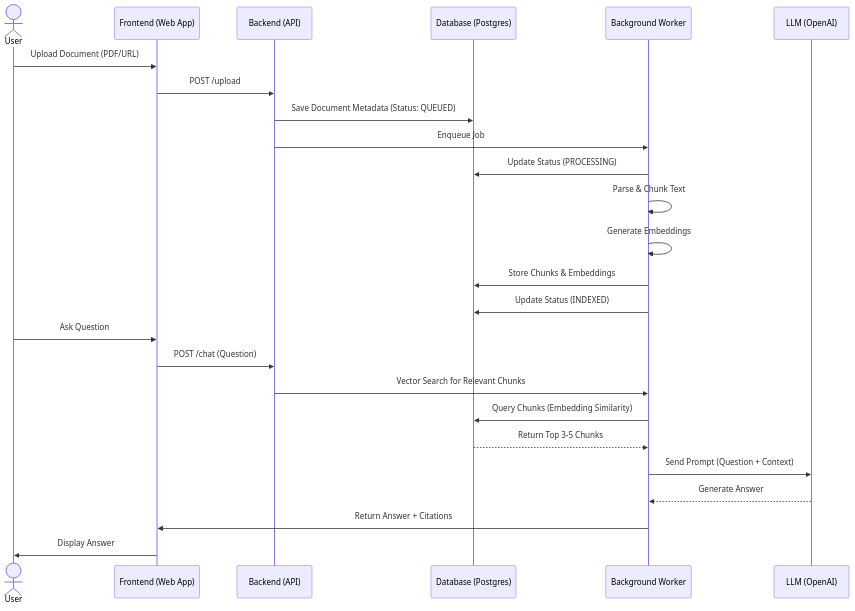
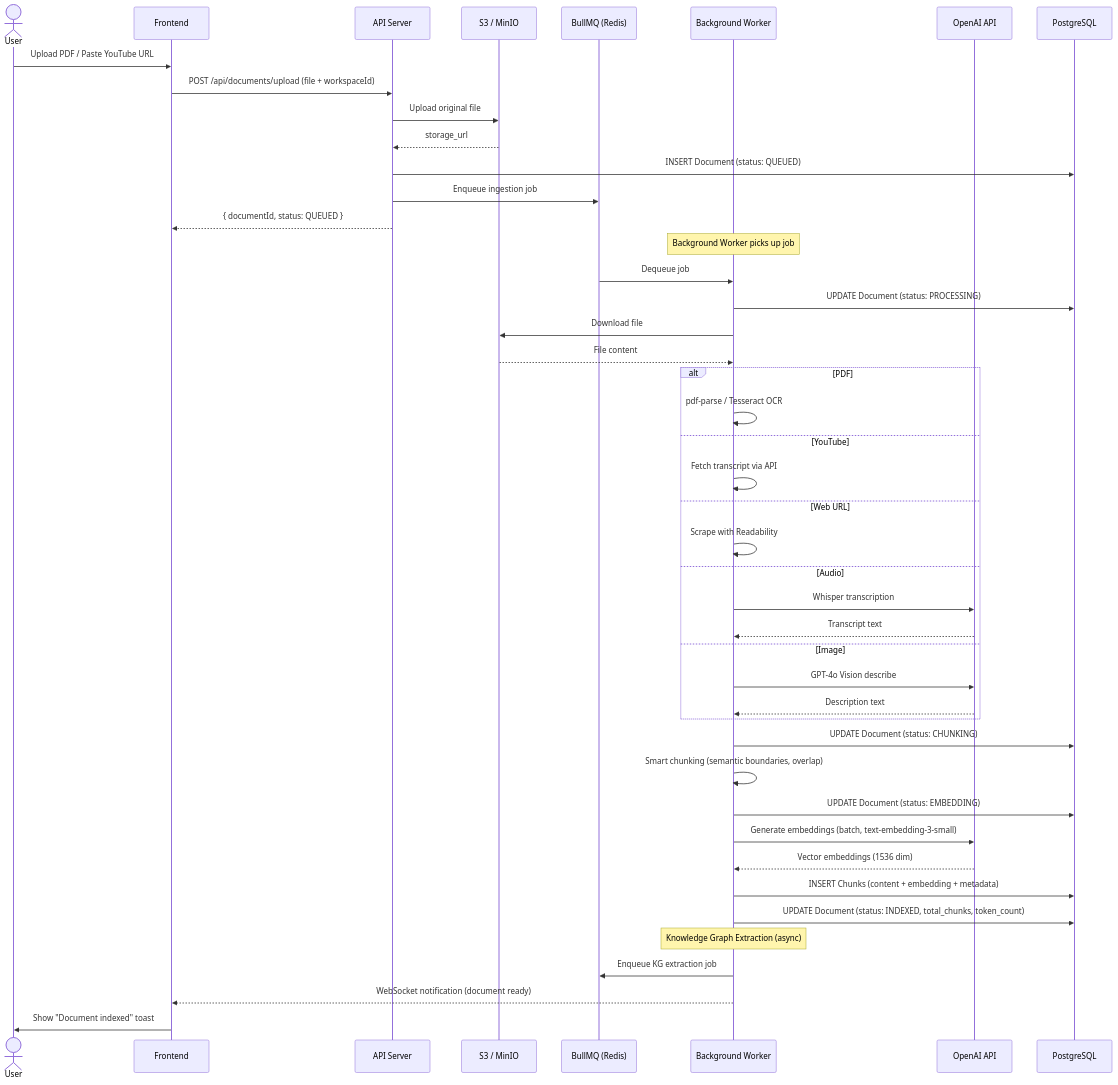
One commit to VIDHITTS/OmniScript changed the second of 5 diagrams in sequenceDiagram.md. Above: the diagram before and after it, drawn with Mermaid. The commit also changed other lines of this file and 4 other files, not shown here.

Commit message:
Upgrade project to OmniScript — full platform with Agentic RAG, Knowledge Graph, multi-modal ingestion, collaboration, and observability

````diff
--- a/sequenceDiagram.md
+++ b/sequenceDiagram.md
@@ -6,29 +36,53 @@
 ```mermaid
 sequenceDiagram
-    actor User as User
-    participant Frontend as Frontend (Web App)
-    participant Backend as Backend (API)
-    participant DB as Database (Postgres)
+    actor User
+    participant Frontend as Frontend
+    participant Backend as API Server
+    participant S3 as S3 / MinIO
+    participant Queue as BullMQ (Redis)
     participant Worker as Background Worker
-    participant LLM as LLM (OpenAI)
+    participant AI as OpenAI API
+    participant DB as PostgreSQL
 
-    User->>Frontend: Upload Document (PDF/URL)
-    Frontend->>Backend: POST /upload
-    Backend->>DB: Save Document Metadata (Status: QUEUED)
-    Backend->>Worker: Enqueue Job
-    Worker->>DB: Update Status (PROCESSING)
-    Worker->>Worker: Parse & Chunk Text
-    Worker->>Worker: Generate Embeddings
-    Worker->>DB: Store Chunks & Embeddings
-    Worker->>DB: Update Status (INDEXED)
+    User->>Frontend: Upload PDF / Paste YouTube URL
+    Frontend->>Backend: POST /api/documents/upload (file + workspaceId)
+    Backend->>S3: Upload original file
+    S3-->>Backend: storage_url
+    Backend->>DB: INSERT Document (status: QUEUED)
+    Backend->>Queue: Enqueue ingestion job
+    Backend-->>Frontend: { documentId, status: QUEUED }
 
-    User->>Frontend: Ask Question
-    Frontend->>Backend: POST /chat (Question)
-    Backend->>Worker: Vector Search for Relevant Chunks
-    Worker->>DB: Query Chunks (Embedding Similarity)
-    DB-->>Worker: Return Top 3-5 Chunks
-    Worker->>LLM: Send Prompt (Question + Context)
-    LLM-->>Worker: Generate Answer
-    Worker->>Frontend: Return Answer + Citations
-    Frontend->>User: Display Answer
+    Note over Worker: Background Worker picks up job
+
+    Queue->>Worker: Dequeue job
+    Worker->>DB: UPDATE Document (status: PROCESSING)
+    Worker->>S3: Download file
+    S3-->>Worker: File content
+
+    alt PDF
+        Worker->>Worker: pdf-parse / Tesseract OCR
+    else YouTube
+        Worker->>Worker: Fetch transcript via API
+    else Web URL
+        Worker->>Worker: Scrape with Readability
+    else Audio
+        Worker->>AI: Whisper transcription
+        AI-->>Worker: Transcript text
+    else Image
+        Worker->>AI: GPT-4o Vision describe
+        AI-->>Worker: Description text
+    end
+
+    Worker->>DB: UPDATE Document (status: CHUNKING)
+    Worker->>Worker: Smart chunking (semantic boundaries, overlap)
+    Worker->>DB: UPDATE Document (status: EMBEDDING)
+    Worker->>AI: Generate embeddings (batch, text-embedding-3-small)
+    AI-->>Worker: Vector embeddings (1536 dim)
+    Worker->>DB: INSERT Chunks (content + embedding + metadata)
+    Worker->>DB: UPDATE Document (status: INDEXED, total_chunks, token_count)
+
+    Note over Worker: Knowledge Graph Extraction (async)
+    Worker->>Queue: Enqueue KG extraction job
+    Worker-->>Frontend: WebSocket notification (document ready)
+    Frontend->>User: Show "Document indexed" toast
 ```
````
